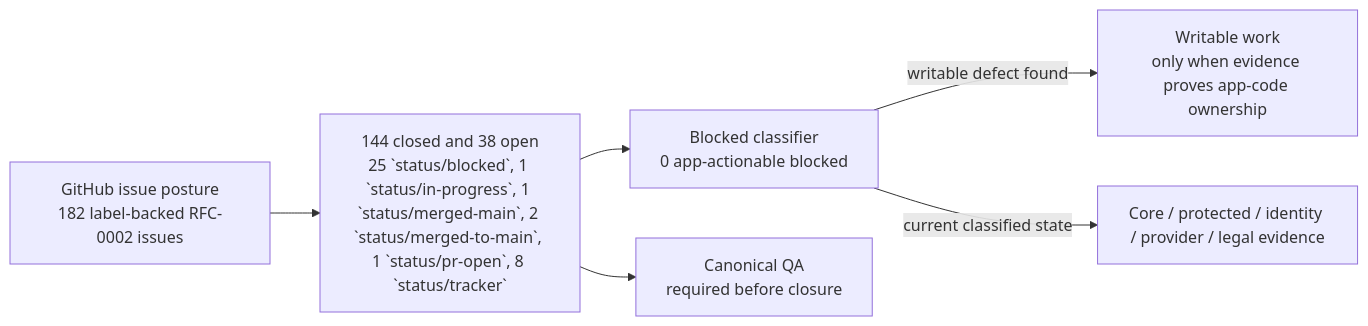
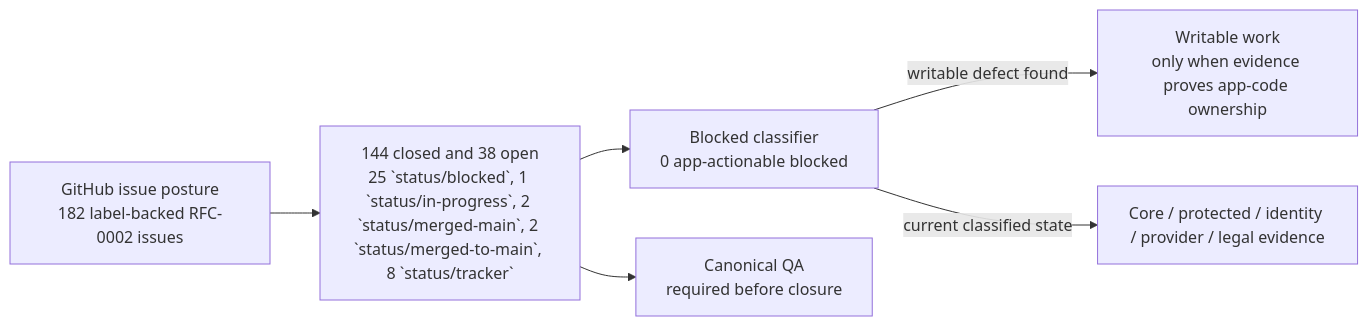
Before and after one commit to sgajbi/lotus-idea: the first of 2 diagrams in wiki/RFC-0002-Execution-Status.md, drawn with Mermaid. The commit also changed other lines of this file and 9 other files, not shown here.

Commit message:
docs: sync issue 1037 merged-main evidence

````diff
--- a/wiki/RFC-0002-Execution-Status.md
+++ b/wiki/RFC-0002-Execution-Status.md
@@ -39,15 +39,15 @@
 ```mermaid
 flowchart LR
     Issues["GitHub issue posture<br/>182 label-backed RFC-0002 issues"]
-    Open["144 closed and 38 open<br/>25 `status/blocked`, 1 `status/in-progress`, 1 `status/merged-main`, 2 `status/merged-to-main`, 1 `status/pr-open`, 8 `status/tracker`"]
+    Open["144 closed and 38 open<br/>25 `status/blocked`, 1 `status/in-progress`, 2 `status/merged-main`, 2 `status/merged-to-main`, 8 `status/tracker`"]
     Blocked["Blocked classifier<br/>0 app-actionable blocked"]
     Work["Writable work<br/>only when evidence proves app-code ownership"]
     External["Core / protected / identity / provider / legal evidence"]
     QA["Canonical QA<br/>required before closure"]
 
     Issues --> Open
     Open --> Blocked
     Blocked -->|"writable defect found"| Work
     Blocked -->|"current classified state"| External
     Open --> QA
 ```
````
